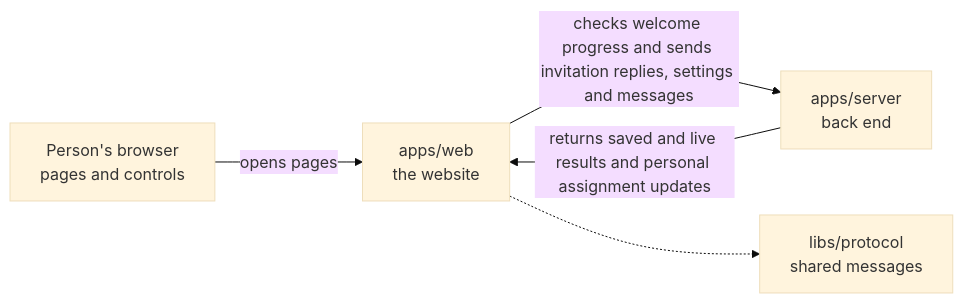
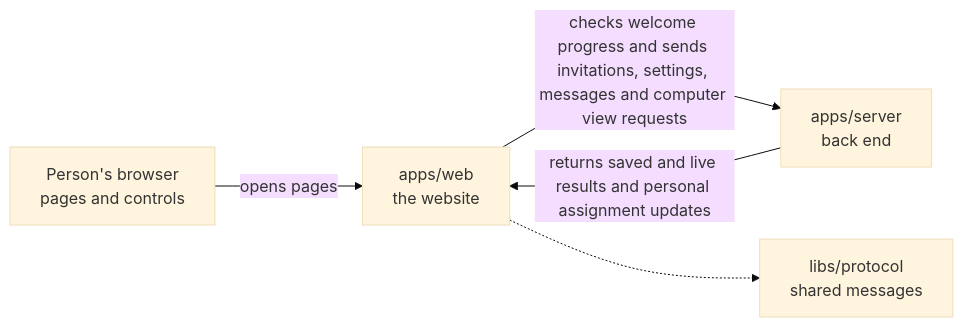
One commit to elewa-git/opencrane-new changed the diagram in apps/web/README.md. Above: the diagram before and after it, drawn with Mermaid (base theme). The commit also changed other lines of this file and 39 other files, not shown here.

````diff
--- a/apps/web/README.md
+++ b/apps/web/README.md
@@ -17,7 +17,7 @@
 ```mermaid
 flowchart LR
   browser["Person's browser<br/>pages and controls"] -->|opens pages| web["apps/web<br/>the website"]
-  web -->|checks welcome progress and sends invitation replies, settings and messages| server["apps/server<br/>back end"]
+  web -->|checks welcome progress and sends invitations, settings, messages and computer view requests| server["apps/server<br/>back end"]
   server -->|returns saved and live results and personal assignment updates| web
   web -.-> protocol["libs/protocol<br/>shared messages"]
 ```
````
